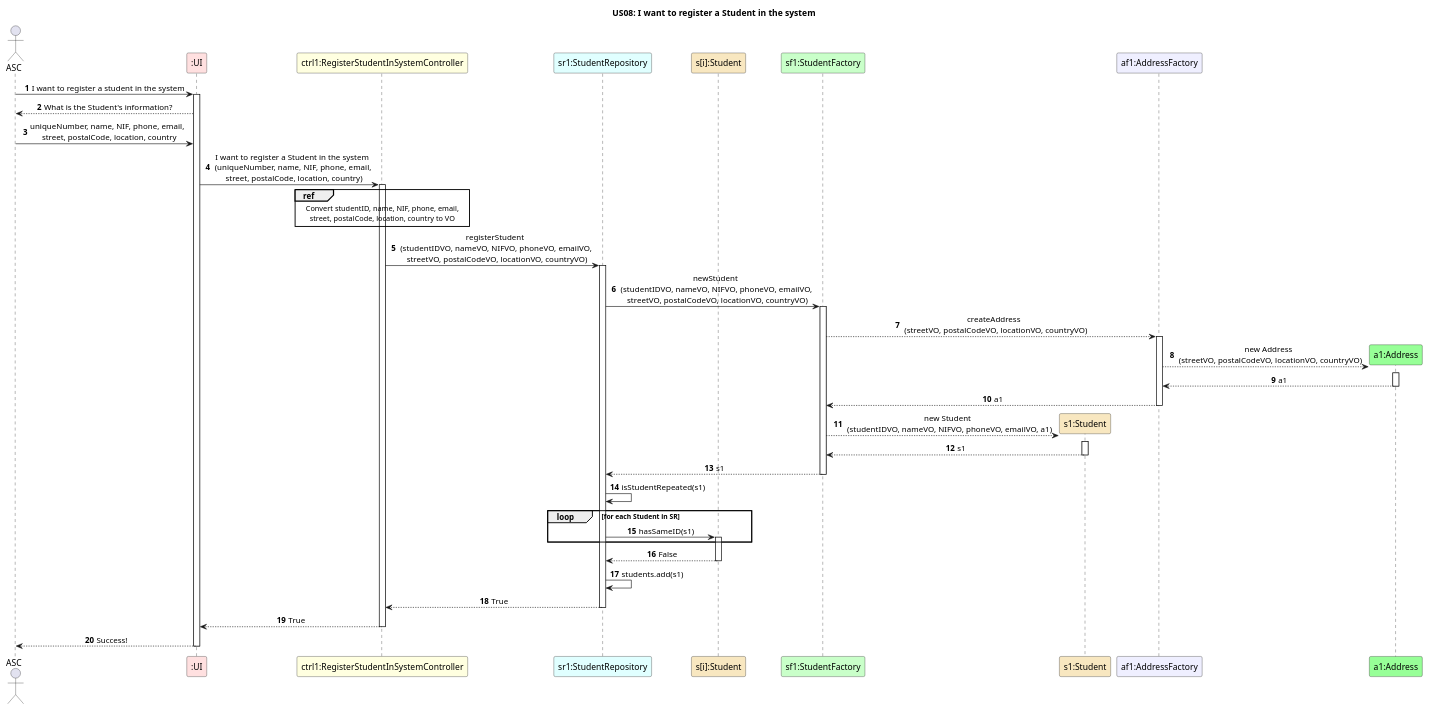
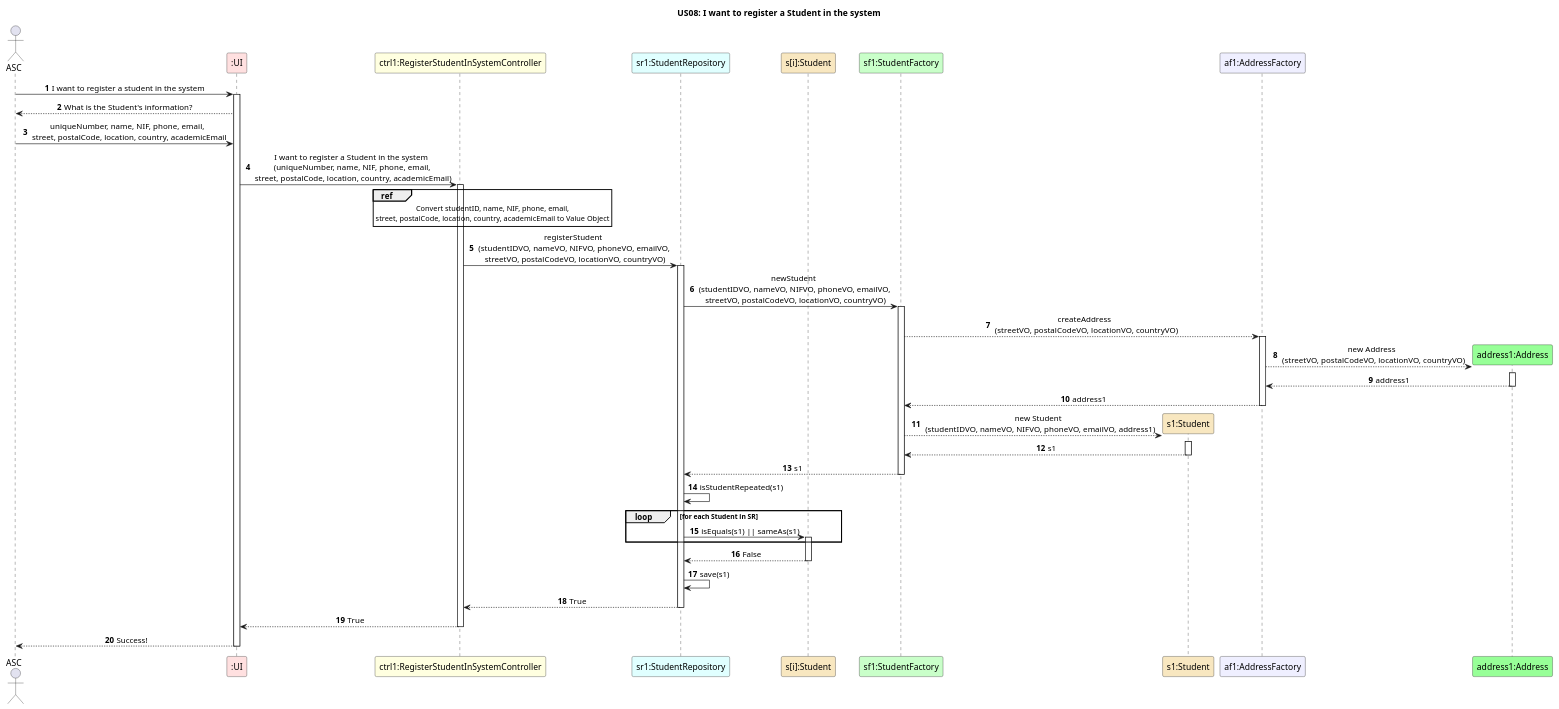
One commit to GasparISEP/DevOps-PAI changed the diagram in docs/US08/US08_SequenceDiagram.puml. Above: the diagram before and after it, drawn with PlantUML. The commit also changed 1 other file, not shown here.

Commit message:
Refs #178: Alterations to US08 Sequence Diagram

```diff
--- a/docs/US08/US08_SequenceDiagram.puml
+++ b/docs/US08/US08_SequenceDiagram.puml
@@ -1,69 +1,70 @@
 @startuml
 autonumber
 skinparam sequenceMessageAlign center
 title US08: I want to register a Student in the system
 
 actor ASC
 participant ":UI" as UI #implementation
 participant "ctrl1:RegisterStudentInSystemController" as ctrl #lightyellow
 participant "sr1:StudentRepository" as SR #lightcyan
 participant "s[i]:Student" as Student #strategy
 participant "sf1:StudentFactory" as SF #technology
 participant "s1:Student" as s1 #strategy
 participant "af1:AddressFactory" as AF #motivation
-participant "a1:Address" as A #physical
+participant "address1:Address" as A #physical
 
 ASC -> UI: I want to register a student in the system
 activate UI
 UI --> ASC: What is the Student's information?
-ASC -> UI: uniqueNumber, name, NIF, phone, email, \n street, postalCode, location, country
+ASC -> UI: uniqueNumber, name, NIF, phone, email, \n street, postalCode, location, country, academicEmail
 
-UI -> ctrl: I want to register a Student in the system \n (uniqueNumber, name, NIF, phone, email, \n street, postalCode, location, country)
+UI -> ctrl: I want to register a Student in the system \n (uniqueNumber, name, NIF, phone, email, \n street, postalCode, location, country, academicEmail)
 activate ctrl
+
 ref over ctrl
     Convert studentID, name, NIF, phone, email,
-    street, postalCode, location, country to VO
+    street, postalCode, location, country, academicEmail to Value Object
 end ref
 
 ctrl -> SR: registerStudent \n (studentIDVO, nameVO, NIFVO, phoneVO, emailVO, \n streetVO, postalCodeVO, locationVO, countryVO)
 activate SR
 
 SR -> SF: newStudent \n (studentIDVO, nameVO, NIFVO, phoneVO, emailVO, \n streetVO, postalCodeVO, locationVO, countryVO)
 activate SF
 
 SF --> AF: createAddress \n (streetVO, postalCodeVO, locationVO, countryVO)
 activate AF
 
 AF --> A**: new Address \n (streetVO, postalCodeVO, locationVO, countryVO)
 activate A
-A --> AF: a1
+A --> AF: address1
 deactivate A
 
-AF --> SF: a1
+AF --> SF: address1
 deactivate AF
-SF --> s1**: new Student \n (studentIDVO, nameVO, NIFVO, phoneVO, emailVO, a1)
+SF --> s1**: new Student \n (studentIDVO, nameVO, NIFVO, phoneVO, emailVO, address1)
 activate s1
 s1 --> SF: s1
 deactivate s1
 SF --> SR: s1
 deactivate SF
 
 SR -> SR : isStudentRepeated(s1)
 
 loop for each Student in SR
-    SR -> Student: hasSameID(s1)
+    SR -> Student: isEquals(s1) || sameAs(s1)
     activate Student
 end
 
 Student --> SR : False
 deactivate Student
 
-SR -> SR: students.add(s1)
+SR -> SR: save(s1)
 SR --> ctrl: True
 deactivate SR
 ctrl --> UI: True
 deactivate ctrl
 UI --> ASC: Success!
 deactivate UI
 
 @enduml
```
